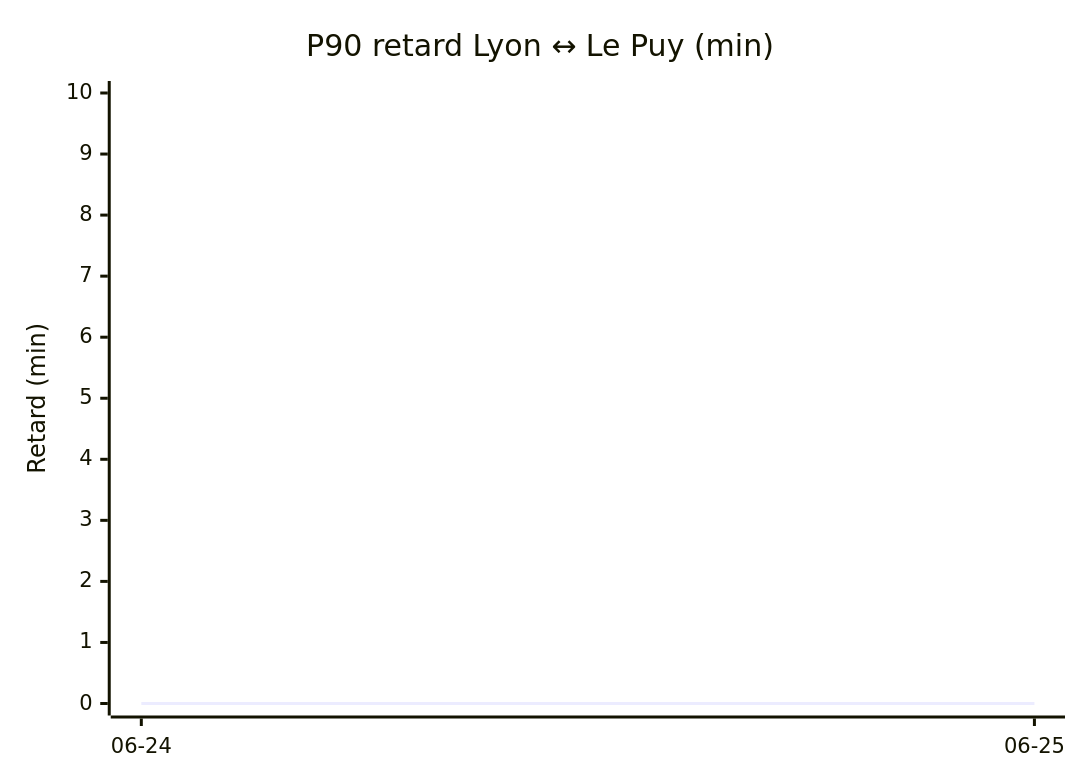
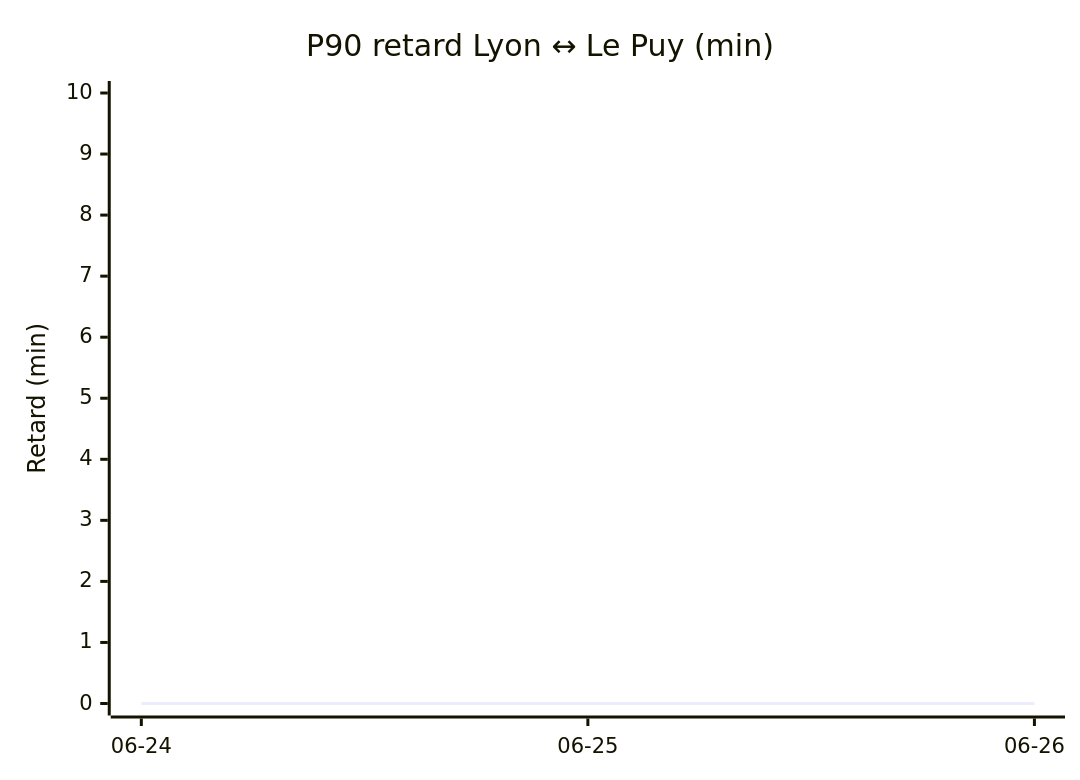
Before and after one commit to antoinerep/horaire-ter: the third of 4 diagrams in STATS.md, drawn with Mermaid. The commit also changed other lines of this file and 1 other file, not shown here.

````diff
--- a/STATS.md
+++ b/STATS.md
@@ -74,7 +75,7 @@
 ```mermaid
 xychart-beta
     title "P90 retard Lyon ↔ Le Puy (min)"
-    x-axis ["06-24", "06-25"]
+    x-axis ["06-24", "06-25", "06-26"]
     y-axis "Retard (min)" 0 --> 10
-    line [0.0, 0.0]
+    line [0.0, 0.0, 0.0]
 ```
````
